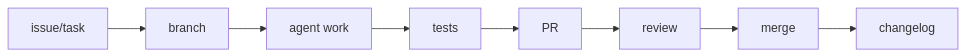
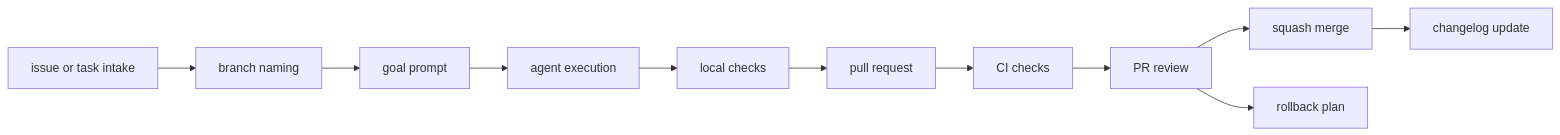
One commit to Yaked1/ai-lab-codex-workbench changed the diagram in docs/workflows/agent-task-lifecycle.md. Above: the diagram before and after it, drawn with Mermaid. The commit also changed other lines of this file and 47 other files, not shown here.

````diff
--- a/docs/workflows/agent-task-lifecycle.md
+++ b/docs/workflows/agent-task-lifecycle.md
@@ -7,10 +9,13 @@
 ```mermaid
 flowchart LR
-    A[issue/task] --> B[branch]
-    B --> C[agent work]
-    C --> D[tests]
-    D --> E[PR]
-    E --> F[review]
-    F --> G[merge]
-    G --> H[changelog]
+    A[issue or task intake] --> B[branch naming]
+    B --> C[goal prompt]
+    C --> D[agent execution]
+    D --> E[local checks]
+    E --> F[pull request]
+    F --> G[CI checks]
+    G --> H[PR review]
+    H --> I[squash merge]
+    I --> J[changelog update]
+    H --> K[rollback plan]
 ```
````
